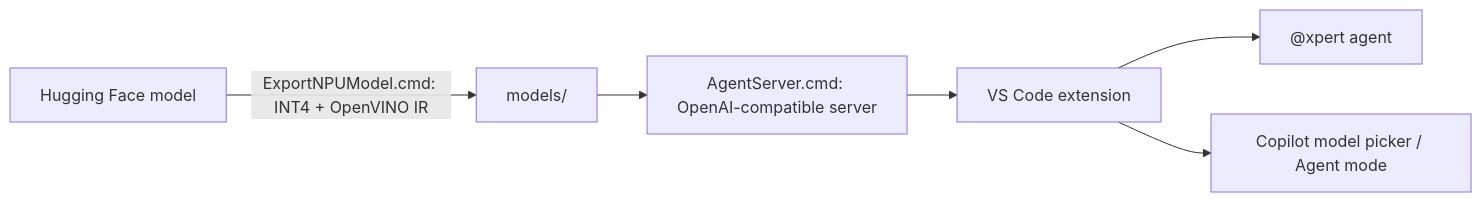
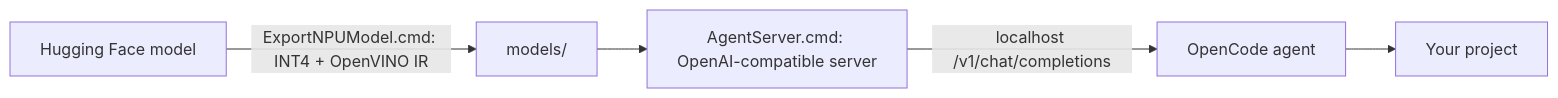
One commit to ermilindwalekar/XpertStream changed the diagram in README.md. Above: the diagram before and after it, drawn with Mermaid. The commit also changed other lines of this file and 25 other files, not shown here.

Commit message:
feat: use OpenCode with local OpenVINO inference

````diff
--- a/README.md
+++ b/README.md
@@ -8,8 +8,7 @@
 ```mermaid
 graph LR
     HF[Hugging Face model] -->|ExportNPUModel.cmd: INT4 + OpenVINO IR| Models[models/]
     Models --> Server[AgentServer.cmd: OpenAI-compatible server]
-    Server --> Ext[VS Code extension]
-    Ext --> Participant["@xpert agent"]
-    Ext --> Picker[Copilot model picker / Agent mode]
+    Server -->|localhost /v1/chat/completions| OpenCode[OpenCode agent]
+    OpenCode --> Project[Your project]
 ```
````
